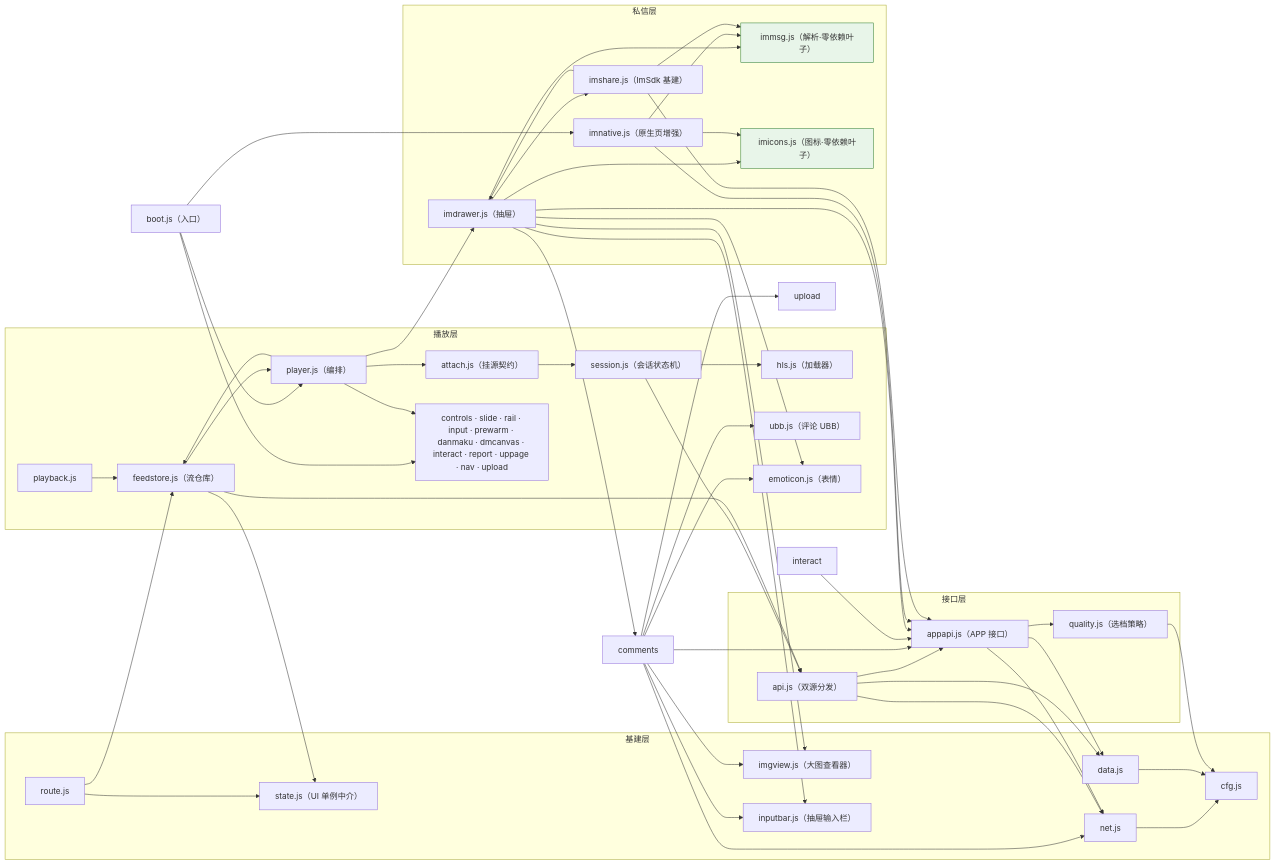
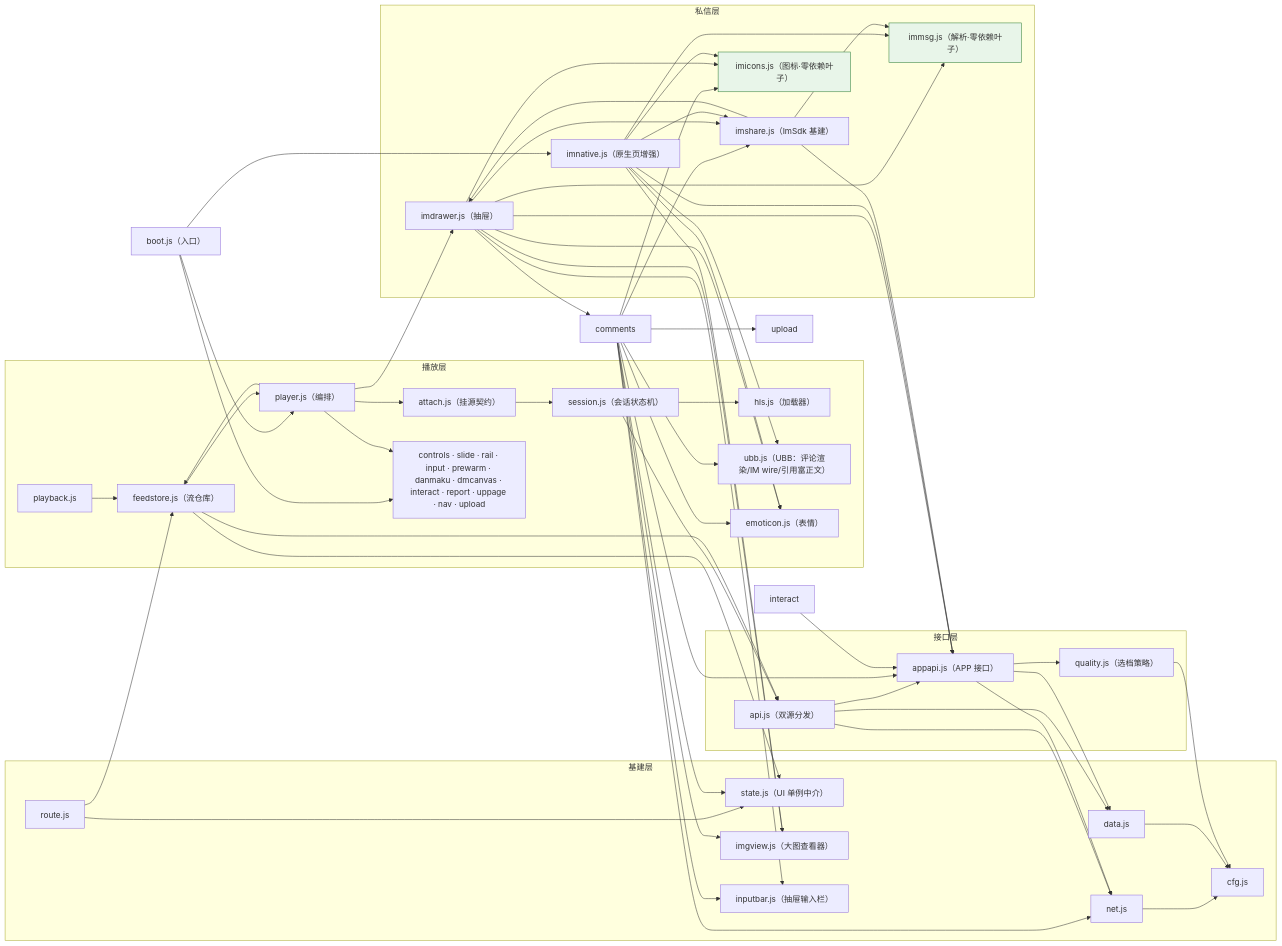
Before and after one commit to name-xxl/acfun-svfeed: the diagram in README.md, drawn with Mermaid. The commit also changed other lines of this file and 10 other files, not shown here.

````diff
--- a/README.md
+++ b/README.md
@@ -1170,63 +1187,63 @@
 ```mermaid
 flowchart LR
   subgraph base["基建层"]
     cfg["cfg.js"]
     net["net.js"]
     data["data.js"]
     state["state.js（UI 单例中介）"]
     route["route.js"]
     imgview["imgview.js（大图查看器）"]
     inputbar["inputbar.js（抽屉输入栏）"]
   end
 
   subgraph apilayer["接口层"]
     api["api.js（双源分发）"]
     appapi["appapi.js（APP 接口）"]
     quality["quality.js（选档策略）"]
   end
 
   subgraph play["播放层"]
     hls["hls.js（加载器）"]
     session["session.js（会话状态机）"]
     attach["attach.js（挂源契约）"]
     player["player.js（编排）"]
     feedstore["feedstore.js（流仓库）"]
     pb["playback.js"]
-    ubb["ubb.js（评论 UBB）"]
+    ubb["ubb.js（UBB：评论渲染/IM wire/引用富正文）"]
     emoticon["emoticon.js（表情）"]
     others["controls · slide · rail · input · prewarm · danmaku · dmcanvas · interact · report · uppage · nav · upload"]
   end
 
   subgraph im["私信层"]
     imshare["imshare.js（ImSdk 基建）"]
     imdrawer["imdrawer.js（抽屉）"]
     imnative["imnative.js（原生页增强）"]
     immsg["immsg.js（解析·零依赖叶子）"]
     imicons["imicons.js（图标·零依赖叶子）"]
   end
 
   boot["boot.js（入口）"]
 
   net --> cfg
   data --> cfg
   route --> state & feedstore
   quality --> cfg
 
   api --> net & data & appapi
   appapi --> net & data & quality
 
   boot --> player & others & imnative
   player --> attach & others & feedstore & imdrawer
   attach --> session
   session --> api & hls
   pb --> feedstore
   feedstore --> api & state & player
-  comments --> ubb & emoticon & inputbar & imgview & appapi & net & upload
+  comments --> ubb & emoticon & inputbar & imgview & appapi & net & upload & state & imicons & imshare
   interact --> appapi
   imdrawer --> imshare & immsg & imicons & appapi & emoticon & inputbar & imgview & comments
-  imnative --> immsg & imicons & appapi
+  imnative --> immsg & imicons & appapi & imshare & emoticon & ubb & imgview
   imshare --> appapi & imdrawer & immsg
 
   classDef leaf fill:#e8f5e9,stroke:#2e7d32;
   class immsg,imicons leaf;
 ```
````
